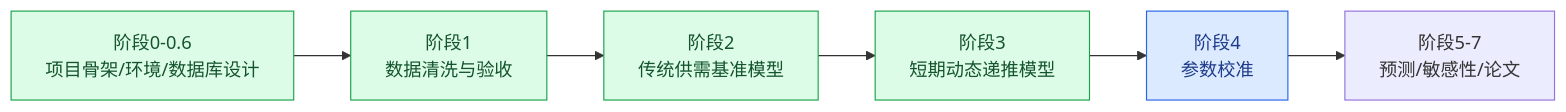
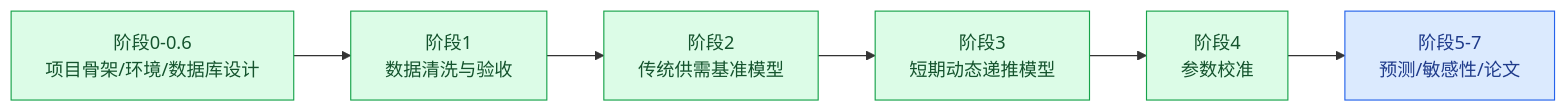
One commit to Timcai06/-A- changed the diagram in STATUS.md. Above: the diagram before and after it, drawn with Mermaid. The commit also changed other lines of this file and 17 other files, not shown here.

````diff
--- a/STATUS.md
+++ b/STATUS.md
@@ -9,17 +9,18 @@
 ```mermaid
 flowchart LR
     S0["阶段0-0.6<br/>项目骨架/环境/数据库设计"] --> S1["阶段1<br/>数据清洗与验收"]
     S1 --> S2["阶段2<br/>传统供需基准模型"]
     S2 --> S3["阶段3<br/>短期动态递推模型"]
     S3 --> S4["阶段4<br/>参数校准"]
     S4 --> S5["阶段5-7<br/>预测/敏感性/论文"]
 
     S0:::done
     S1:::done
     S2:::done
     S3:::done
-    S4:::next
+    S4:::done
+    S5:::next
 
     classDef done fill:#dcfce7,stroke:#16a34a,color:#14532d
     classDef next fill:#dbeafe,stroke:#2563eb,color:#1e3a8a
 ```
````
